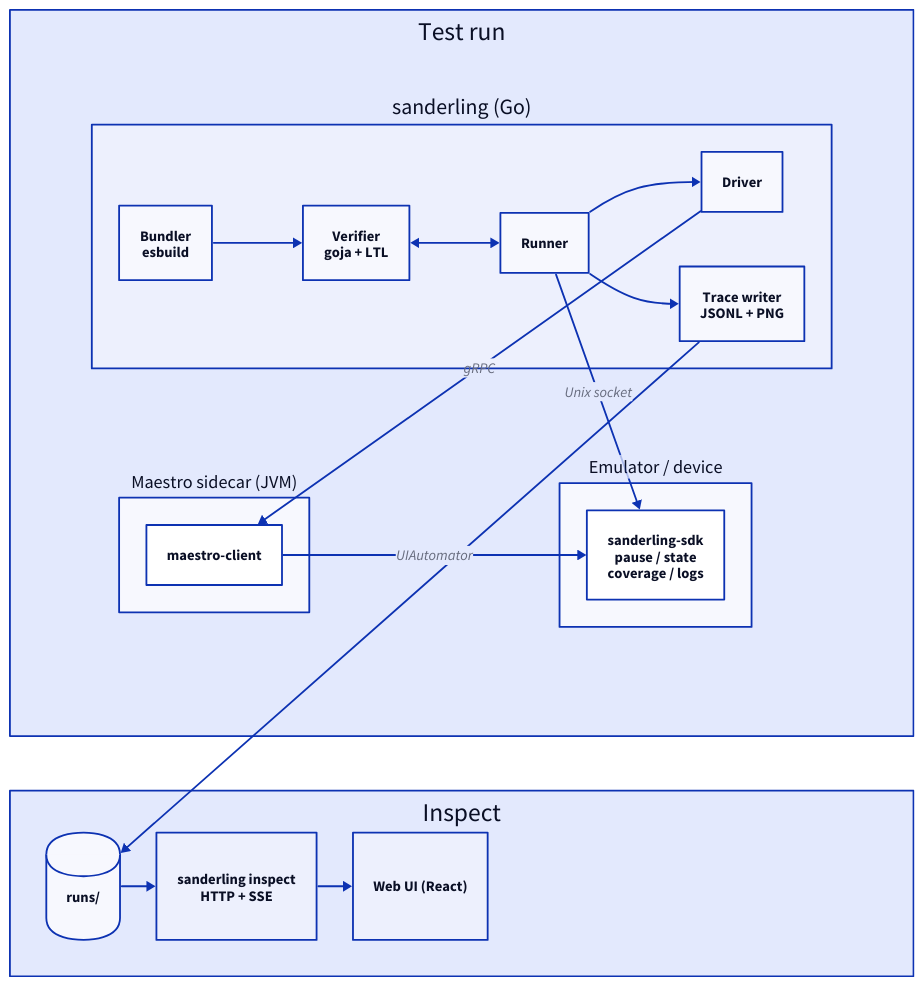
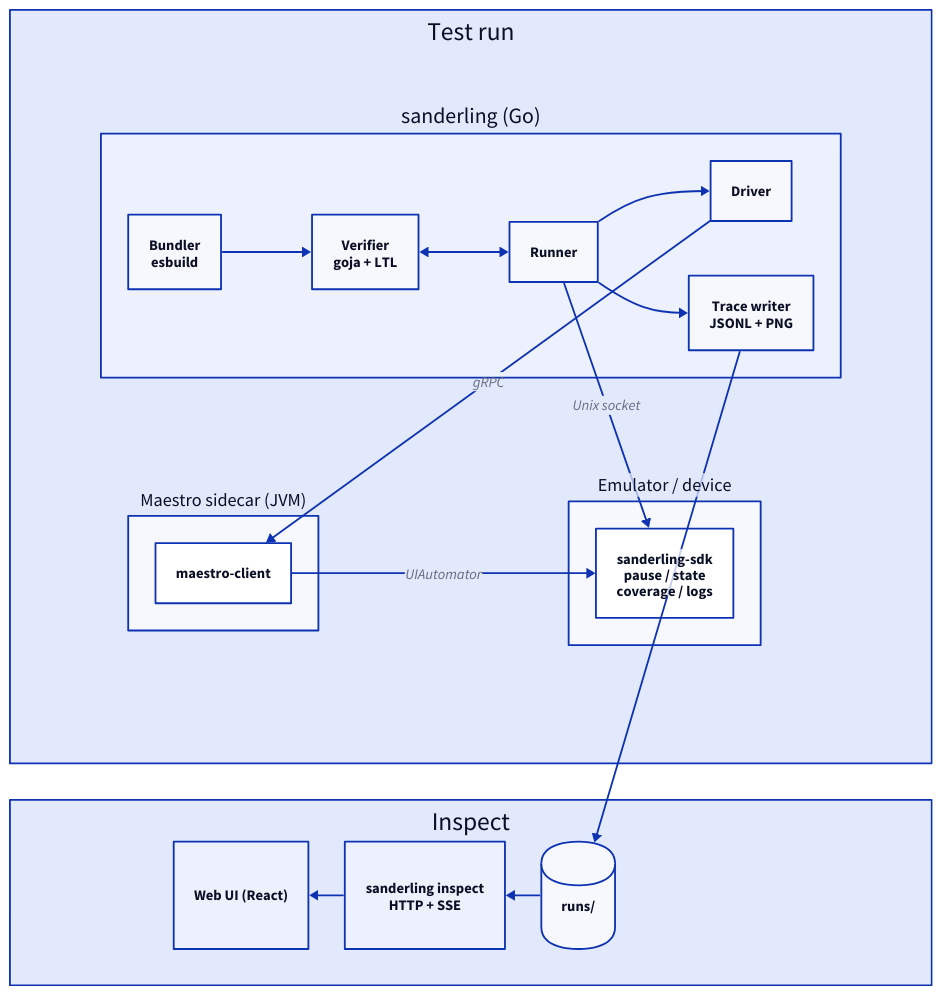
Before and after one commit to priyanshujain/sanderling: the diagram in docs/_diagrams/architecture.d2, drawn with D2.

Commit message:
docs(architecture): tighten layout and reroute label-crossing edges
Flip device/sidecar order so trace writer drops cleanly to runs/
without cutting through the JVM cell, right-align the inspect row
via a pad column, and tune grid gaps to keep gRPC and Unix socket
labels off the SANDERLING boundary.

```diff
--- a/docs/_diagrams/architecture.d2
+++ b/docs/_diagrams/architecture.d2
@@ -1,60 +1,65 @@
 grid-rows: 2
-grid-gap: 60
+grid-gap: 40
 
 test_run: {
   label: "Test run"
   grid-rows: 2
-  grid-gap: 90
+  grid-gap: 100
 
   go_binary: sanderling (Go) {
     direction: right
 
     bundler: Bundler\nesbuild
     verifier: Verifier\ngoja + LTL
     runner: Runner
     driver: Driver
     trace: Trace writer\nJSONL + PNG
 
     bundler -> verifier
     verifier <-> runner
     runner -> driver
     runner -> trace
   }
 
   platform: {
     label: ""
     direction: right
     style.stroke-width: 0
     style.fill: transparent
 
+    device: Emulator / device {
+      sdk: sanderling-sdk\npause / state\ncoverage / logs
+    }
+
     sidecar: Maestro sidecar (JVM) {
       maestro: maestro-client
-    }
-
-    device: Emulator / device {
-      sdk: sanderling-sdk\npause / state\ncoverage / logs
     }
 
     sidecar.maestro -> device.sdk: UIAutomator
   }
 
   go_binary.driver -> platform.sidecar.maestro: gRPC
   go_binary.runner -> platform.device.sdk: Unix socket
 }
 
 viewer: {
   label: "Inspect"
-  grid-columns: 3
+  grid-columns: 4
   grid-gap: 40
 
+  left_pad: "" {
+    style.stroke-width: 0
+    style.fill: transparent
+    style.opacity: 0
+  }
+  web: Web UI (React)
+  inspect: sanderling inspect\nHTTP + SSE
   runs: runs/ {
     shape: cylinder
   }
-  inspect: sanderling inspect\nHTTP + SSE
-  web: Web UI (React)
 
   runs -> inspect
   inspect -> web
 }
 
 test_run.go_binary.trace -> viewer.runs
```
